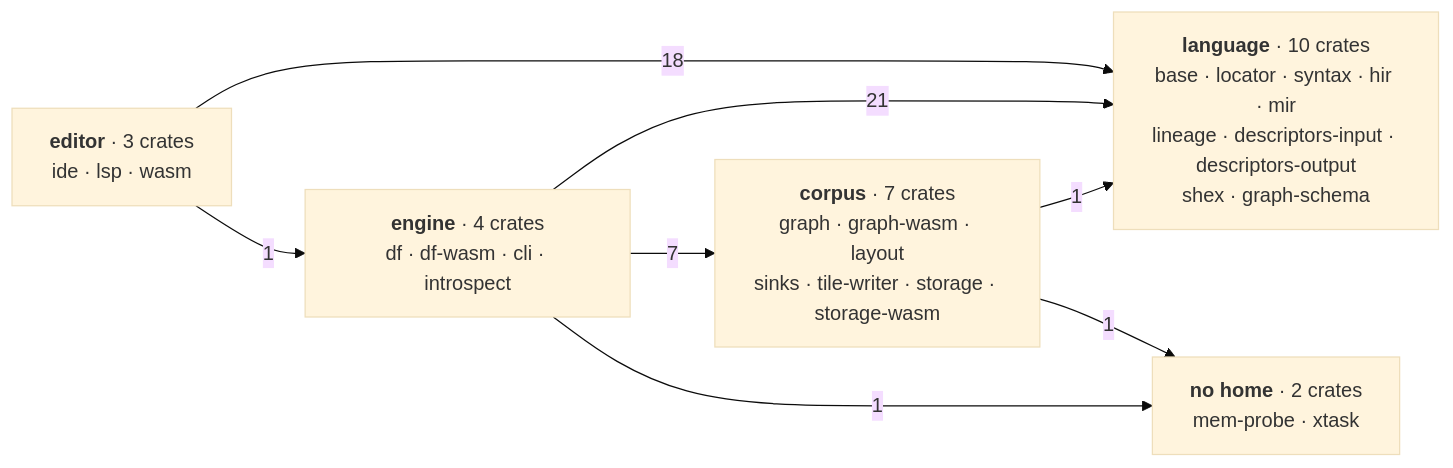
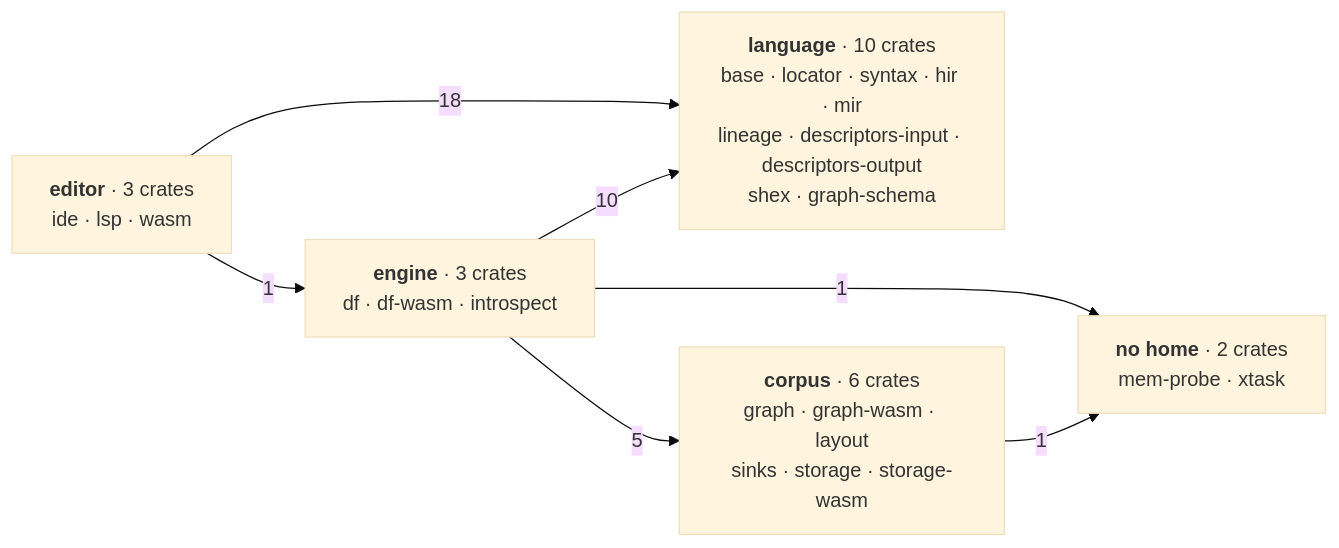
The first of 4 diagrams in docs/content/docs/(root)/architecture.mdx (Kanzo-Tech/fossil-lang), drawn with Mermaid (base theme) before and after one commit. The commit also changed other lines of this file and 43 other files, not shown here.

````diff
--- a/docs/content/docs/(root)/architecture.mdx
+++ b/docs/content/docs/(root)/architecture.mdx
@@ -141,16 +98,15 @@
 ```mermaid
 graph LR
   L["<b>language</b> · 10 crates<br/>base · locator · syntax · hir · mir<br/>lineage · descriptors-input · descriptors-output<br/>shex · graph-schema"]
   E["<b>editor</b> · 3 crates<br/>ide · lsp · wasm"]
-  M["<b>engine</b> · 4 crates<br/>df · df-wasm · cli · introspect"]
-  C["<b>corpus</b> · 7 crates<br/>graph · graph-wasm · layout<br/>sinks · tile-writer · storage · storage-wasm"]
+  M["<b>engine</b> · 3 crates<br/>df · df-wasm · introspect"]
+  C["<b>corpus</b> · 6 crates<br/>graph · graph-wasm · layout<br/>sinks · storage · storage-wasm"]
   X["<b>no home</b> · 2 crates<br/>mem-probe · xtask"]
 
   E -->|18| L
   E -->|1| M
-  M -->|21| L
-  M -->|7| C
-  C -->|1| L
+  M -->|10| L
+  M -->|5| C
   M -->|1| X
   C -->|1| X
 ```
````
